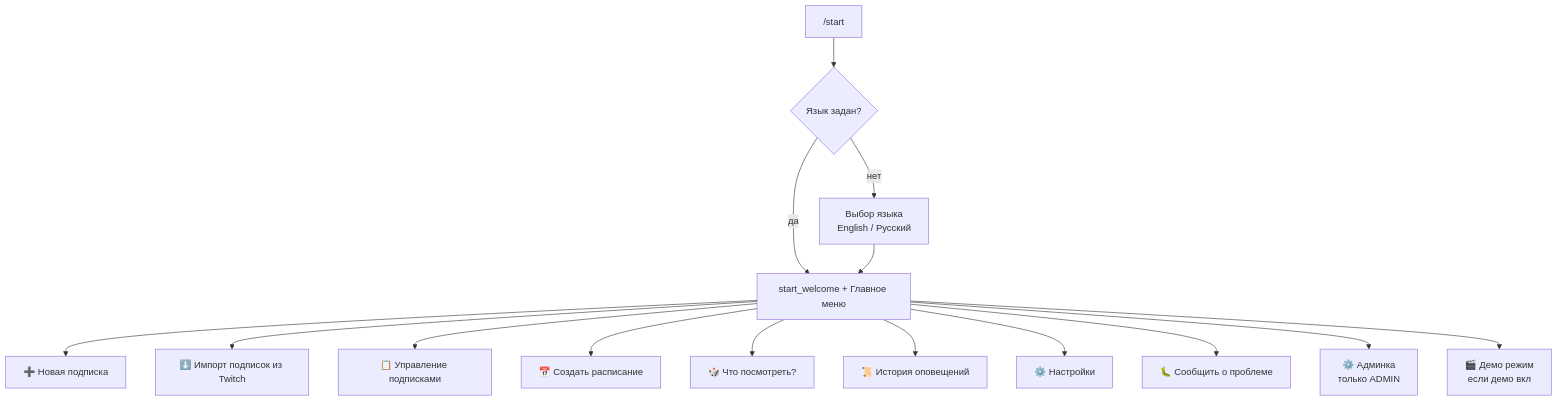
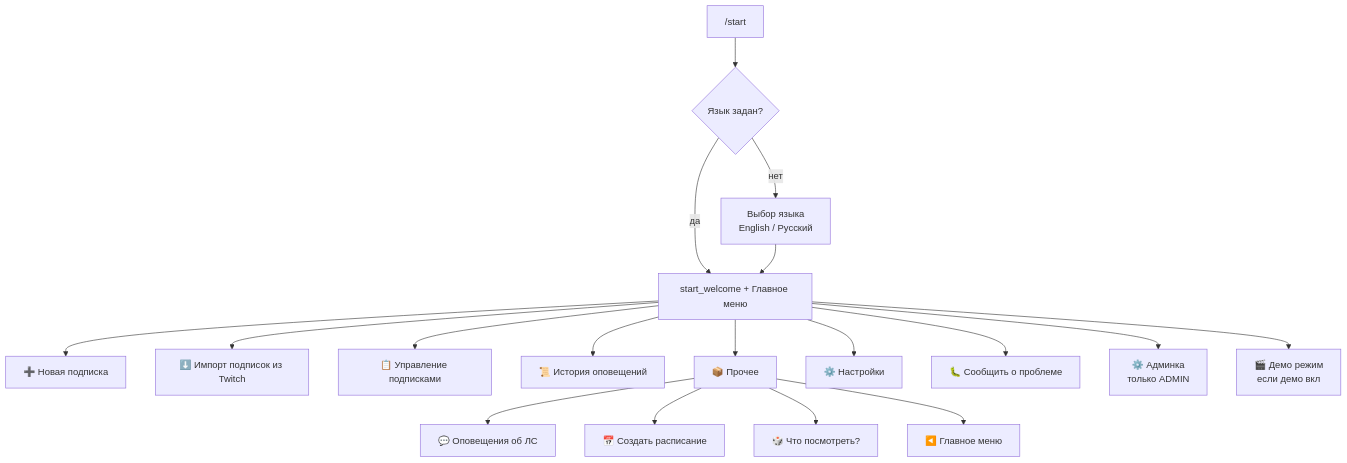
Before and after one commit to Marfa/twitch-telegram-bot: the first of 3 diagrams in docs/user-flow-map.ru.md, drawn with Mermaid. The commit also changed other lines of this file and 6 other files, not shown here.

````diff
--- a/docs/user-flow-map.ru.md
+++ b/docs/user-flow-map.ru.md
@@ -20,18 +20,21 @@
 ```mermaid
 flowchart TD
   S["/start"] --> L{Язык задан?}
   L -->|нет| LANG["Выбор языка<br/>English / Русский"]
   L -->|да| W["start_welcome + Главное меню"]
   LANG --> W
 
   W --> NEW["➕ Новая подписка"]
   W --> IMP["⬇️ Импорт подписок из Twitch"]
   W --> SUB["📋 Управление подписками"]
-  W --> SCH["📅 Создать расписание"]
-  W --> WAT["🎲 Что посмотреть?"]
   W --> HIS["📜 История оповещений"]
+  W --> OTH["📦 Прочее"]
   W --> SET["⚙️ Настройки"]
   W --> FB["🐛 Сообщить о проблеме"]
   W --> ADM["⚙️ Админка<br/>только ADMIN"]
   W --> DEM["🎬 Демо режим<br/>если демо вкл"]
+  OTH --> WH["💬 Оповещения об ЛС"]
+  OTH --> SCH["📅 Создать расписание"]
+  OTH --> WAT["🎲 Что посмотреть?"]
+  OTH --> BACK["◀️ Главное меню"]
 ```
````
